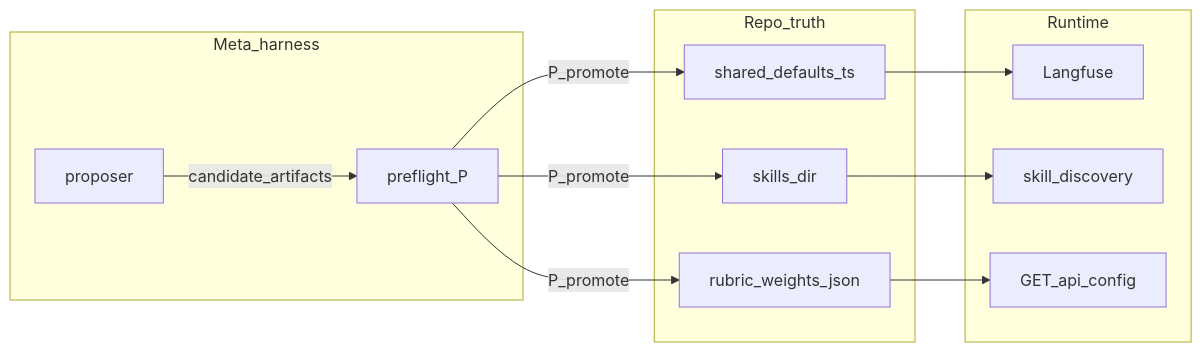
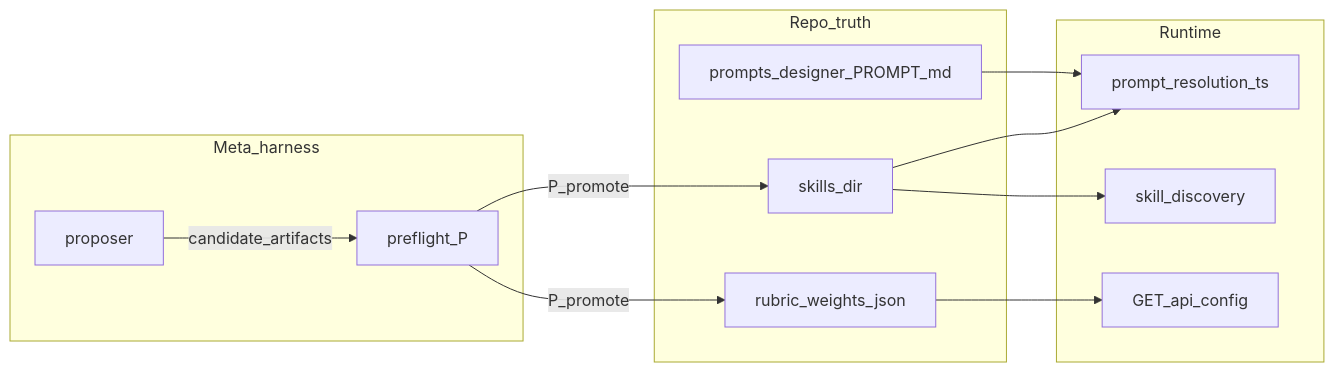
The diagram in meta-harness/META_HARNESS_OUTER_LOOP.md (wolfyy970/designer), drawn with Mermaid before and after one commit. The commit also changed other lines of this file and 124 other files, not shown here.

````diff
--- a/meta-harness/META_HARNESS_OUTER_LOOP.md
+++ b/meta-harness/META_HARNESS_OUTER_LOOP.md
@@ -225,24 +224,24 @@
 ```mermaid
 flowchart LR
   subgraph repoSoT [Repo_truth]
-    Prompts[shared_defaults_ts]
     Skills[skills_dir]
+    PromptMd[prompts_designer_PROMPT_md]
     Weights[rubric_weights_json]
   end
   subgraph runtime [Runtime]
-    Langfuse[Langfuse]
+    PromptRes[prompt_resolution_ts]
     SkillDisc[skill_discovery]
     ApiConfig[GET_api_config]
   end
   subgraph harness [Meta_harness]
     Proposer[proposer]
     Preflight[preflight_P]
   end
-  Prompts --> Langfuse
+  Skills --> PromptRes
+  PromptMd --> PromptRes
   Skills --> SkillDisc
   Weights --> ApiConfig
   Proposer -->|candidate_artifacts| Preflight
-  Preflight -->|P_promote| Prompts
   Preflight -->|P_promote| Skills
   Preflight -->|P_promote| Weights
 ```
````
